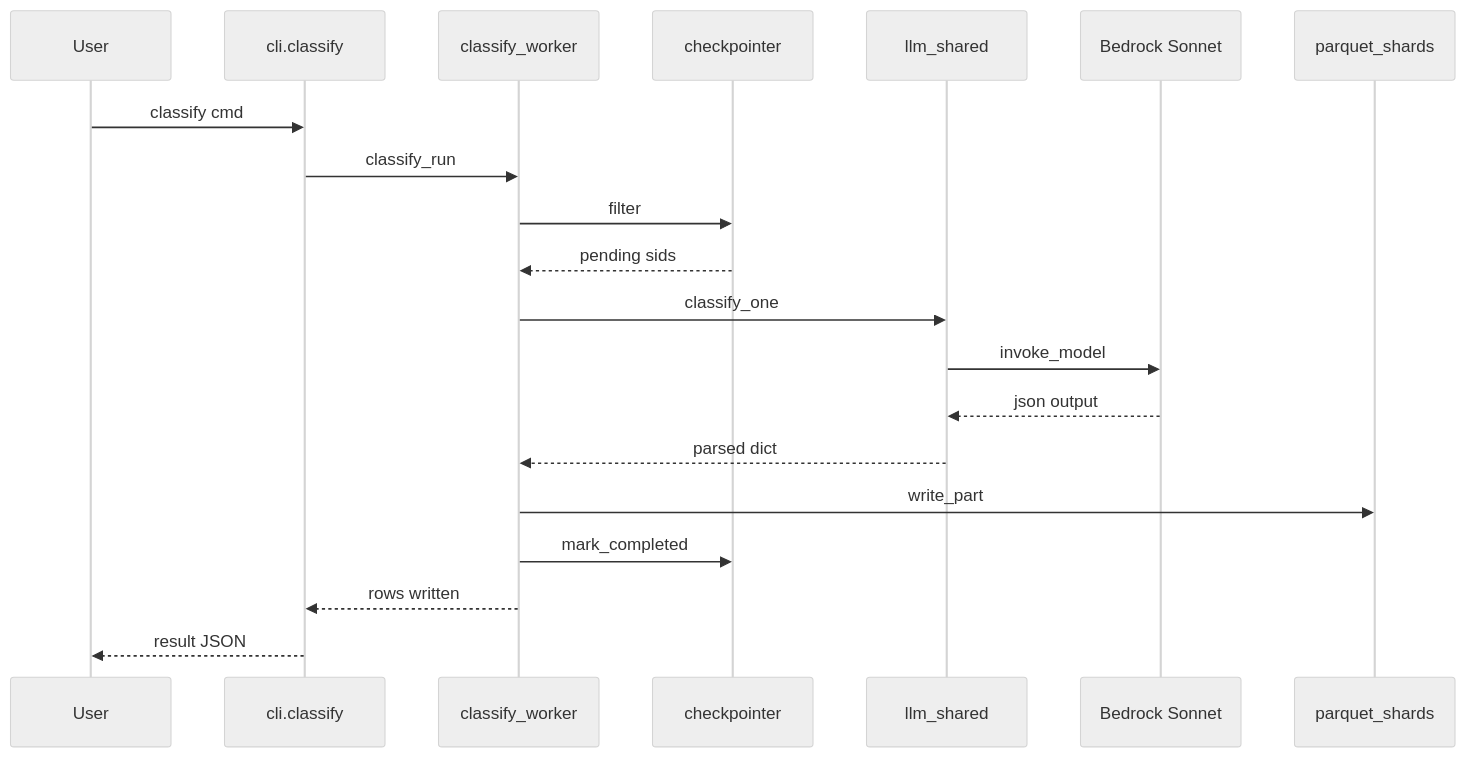
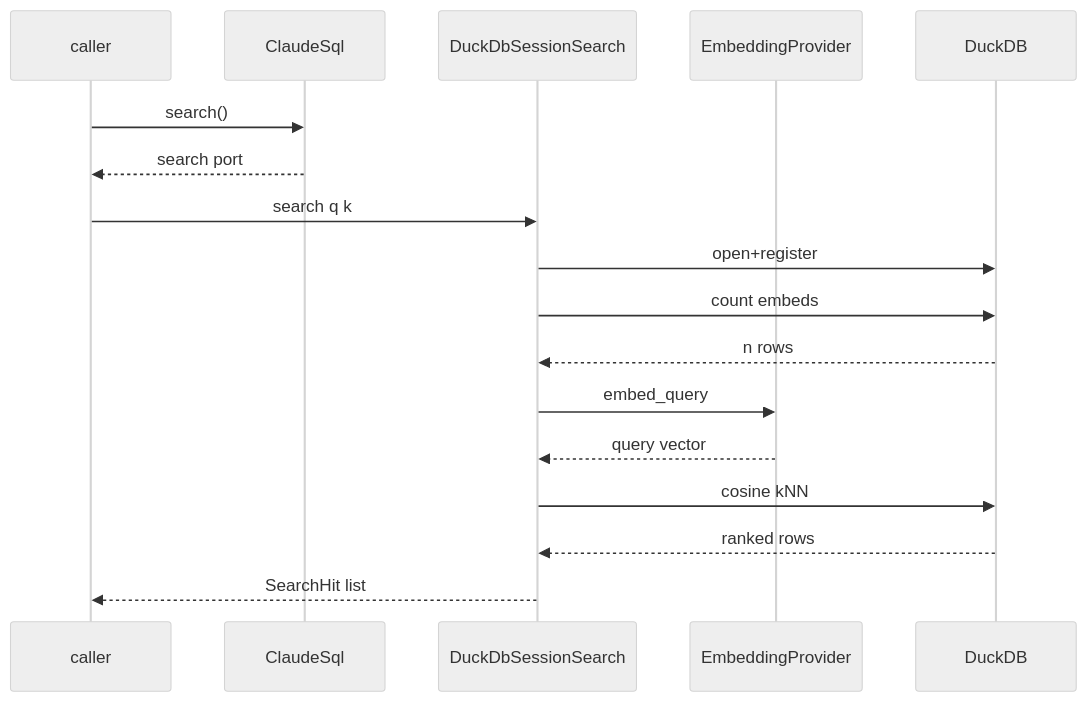
The third of 3 diagrams in docs/diagrams/behavioral/sequences.md (theagenticguy/claude-sql), drawn with Mermaid (neutral theme) before and after one commit. The commit also changed other lines of this file and 279 other files, not shown here.

First line of the commit message:
feat(v2)!: hexagonal architecture — domain/application/infrastructure/interfaces (#159)

````diff
--- a/docs/diagrams/behavioral/sequences.md
+++ b/docs/diagrams/behavioral/sequences.md
@@ -71,23 +90,20 @@
 ```mermaid
 sequenceDiagram
-    participant User
-    participant CLI as cli.classify
-    participant Worker as classify_worker
-    participant Ckpt as checkpointer
-    participant LLM as llm_shared
-    participant Bedrock as Bedrock Sonnet
-    participant Shards as parquet_shards
+    participant App as caller
+    participant Facade as ClaudeSql
+    participant Search as DuckDbSessionSearch
+    participant Prov as EmbeddingProvider
+    participant DuckDB as DuckDB
 
-    User->>CLI: classify cmd
-    CLI->>Worker: classify_run
-    Worker->>Ckpt: filter
-    Ckpt-->>Worker: pending sids
-    Worker->>LLM: classify_one
-    LLM->>Bedrock: invoke_model
-    Bedrock-->>LLM: json output
-    LLM-->>Worker: parsed dict
-    Worker->>Shards: write_part
-    Worker->>Ckpt: mark_completed
-    Worker-->>CLI: rows written
-    CLI-->>User: result JSON
+    App->>Facade: search()
+    Facade-->>App: search port
+    App->>Search: search q k
+    Search->>DuckDB: open+register
+    Search->>DuckDB: count embeds
+    DuckDB-->>Search: n rows
+    Search->>Prov: embed_query
+    Prov-->>Search: query vector
+    Search->>DuckDB: cosine kNN
+    DuckDB-->>Search: ranked rows
+    Search-->>App: SearchHit list
 ```
````
